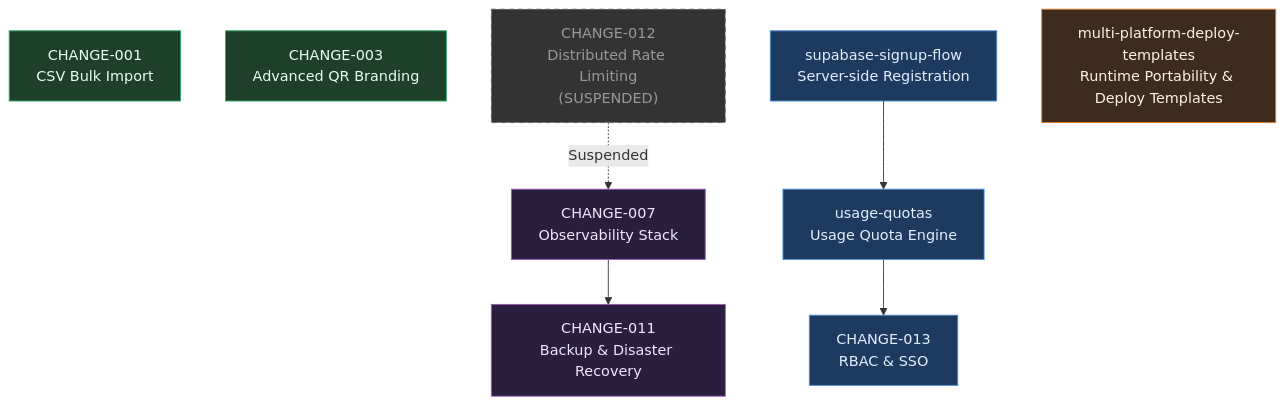
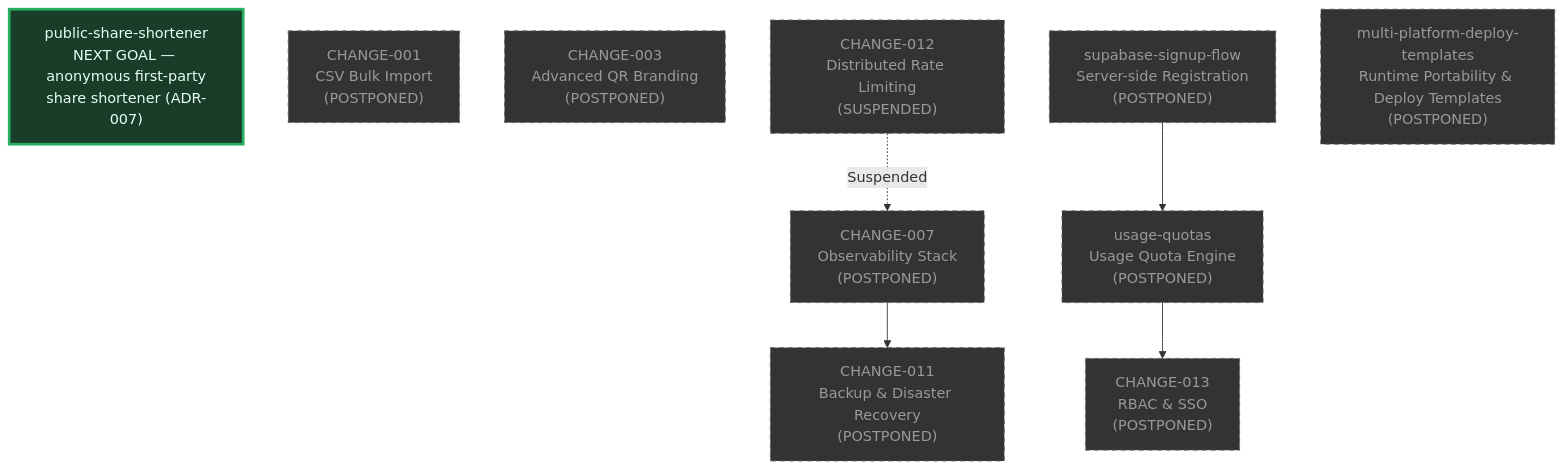
Before and after one commit to MikBin/url-redir-short: the diagram in openspec/roadmap.md, drawn with Mermaid. The commit also changed other lines of this file and 6 other files, not shown here.

First line of the commit message:
docs: pivot roadmap to public-share-shortener as sole active goal

````diff
--- a/openspec/roadmap.md
+++ b/openspec/roadmap.md
@@ -5,33 +7,29 @@
 ```mermaid
 flowchart TD
     %% ── Nodes ──────────────────────────────────────────────────────────
-    C001["CHANGE-001\nCSV Bulk Import"]
-    C003["CHANGE-003\nAdvanced QR Branding"]
-    C007["CHANGE-007\nObservability Stack"]
-    C011["CHANGE-011\nBackup & Disaster Recovery"]
+    PSS["public-share-shortener\nNEXT GOAL — anonymous first-party\nshare shortener (ADR-007)"]
+    C001["CHANGE-001\nCSV Bulk Import\n(POSTPONED)"]
+    C003["CHANGE-003\nAdvanced QR Branding\n(POSTPONED)"]
+    C007["CHANGE-007\nObservability Stack\n(POSTPONED)"]
+    C011["CHANGE-011\nBackup & Disaster Recovery\n(POSTPONED)"]
     C012["CHANGE-012\nDistributed Rate Limiting\n(SUSPENDED)"]
-    C013["CHANGE-013\nRBAC & SSO"]
-    SSF["supabase-signup-flow\nServer-side Registration"]
-    UQ["usage-quotas\nUsage Quota Engine"]
-    MPD["multi-platform-deploy-templates\nRuntime Portability & Deploy Templates"]
+    C013["CHANGE-013\nRBAC & SSO\n(POSTPONED)"]
+    SSF["supabase-signup-flow\nServer-side Registration\n(POSTPONED)"]
+    UQ["usage-quotas\nUsage Quota Engine\n(POSTPONED)"]
+    MPD["multi-platform-deploy-templates\nRuntime Portability & Deploy Templates\n(POSTPONED)"]
 
-    %% ── Dependencies ───────────────────────────────────────────────────
+    %% ── Dependencies (frozen while postponed) ──────────────────────────
     SSF --> UQ
     UQ  --> C013
 
     C007 --> C011
     C012 -.->|Suspended| C007
 
     %% ── Styling ────────────────────────────────────────────────────────
-    classDef betaReady   fill:#1e3a5f,stroke:#4a90d9,color:#e0f0ff
-    classDef infra       fill:#2a1e3f,stroke:#9b59b6,color:#f0e6ff
-    classDef feature     fill:#1e3f2a,stroke:#27ae60,color:#e6fff0
-    classDef standalone  fill:#3f2a1e,stroke:#e67e22,color:#fff3e0
+    classDef active      fill:#1a3d2a,stroke:#27ae60,color:#e6fff0,stroke-width:3px
     classDef suspended   fill:#333333,stroke:#666666,color:#999999,stroke-dasharray: 5 5
 
-    class SSF,UQ,C013 betaReady
-    class C007,C011 infra
+    class PSS active
+    class SSF,UQ,C013,C007,C011,C003,C001,MPD suspended
     class C012 suspended
-    class C003,C001 feature
-    class MPD standalone
 ```
````
